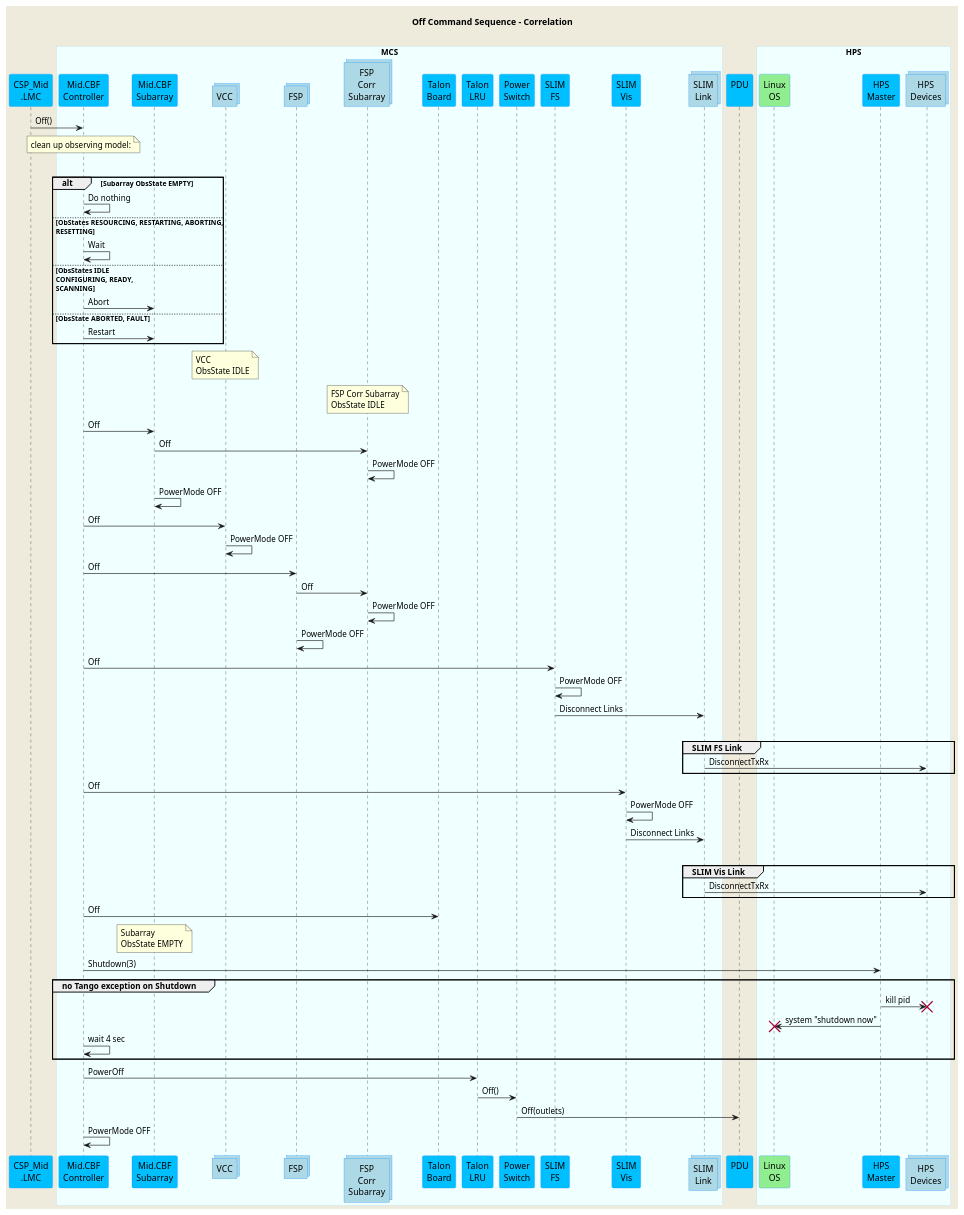
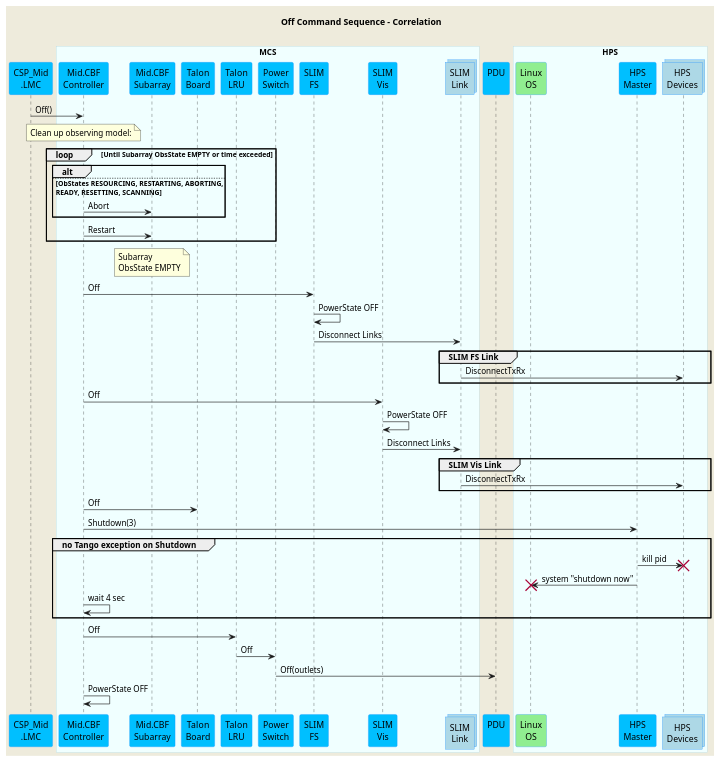
One commit to ska-telescope/mid-cbf-mcs changed the diagram in docs/src/diagrams/off-command-sequence.puml. Above: the diagram before and after it, drawn with PlantUML. The commit also changed 1 other file, not shown here.

Commit message:
CIP-2424 Off and InitSysParam UMLs

```diff
--- a/docs/src/diagrams/off-command-sequence.puml
+++ b/docs/src/diagrams/off-command-sequence.puml
@@ -1,96 +1,83 @@
 @startuml
 'https://plantuml.com/sequence-diagram
 skinparam backgroundColor #EEEBDC
 skinparam sequence {
 ParticipantBorderColor DodgerBlue
 ParticipantBackgroundColor DeepSkyBlue
 ActorBorderColor DarkGreen
 ActorBackgroundColor Green
 BoxBorderColor LightBlue
 BoxBackgroundColor #F0FFFF
 }
 skinparam collections {
   BackGroundColor LightBlue
   BorderColor DodgerBlue
 }
 skinparam database {
   BackgroundColor LightGreen
   BorderColor DarkGreen
 }
 title Off Command Sequence - Correlation\n
 participant "CSP_Mid\n.LMC" as lmc
 box "MCS"
 participant "Mid.CBF\nController" as controller
 participant "Mid.CBF\nSubarray" as subarray
-collections "VCC" as vcc
-collections "FSP" as fsp
-collections "FSP\nCorr\nSubarray" as fspsubarray
 participant "Talon\nBoard" as talon_board
 participant "Talon\nLRU" as lru
 participant "Power\nSwitch" as switch
 participant "SLIM\nFS" as slim_fs
 participant "SLIM\nVis" as slim_vis
 collections "SLIM\nLink" as slimlink
 end box
 participant "PDU\n" as pdu
 box "HPS"
 participant "Linux\nOS" as os #LightGreen
 participant "HPS\nMaster" as hpsmaster
 collections "HPS\nDevices" as hpsdevices
 end box
-lmc        ->  controller    : Off()
 
-note over controller         : clean up observing model:
+lmc -> controller : Off()
 
-loop until Subarray ObsState EMPTY or time exceeded
-alt Subarray ObsState EMPTY
-controller -> controller : Do nothing
-else ObStates RESOURCING, RESTARTING, ABORTING,\nRESETTING
-controller -> controller : Wait
-else ObsStates IDLE\nCONFIGURING, READY,\nSCANNING
+note over controller         : Clean up observing model:
+
+loop Until Subarray ObsState EMPTY or time exceeded
+alt
+else ObStates RESOURCING, RESTARTING, ABORTING, \nREADY, RESETTING, SCANNING
 controller -> subarray   : Abort
-else ObsState ABORTED, FAULT
+end
+
 controller -> subarray   : Restart
 end loop
-note over vcc            : VCC\nObsState IDLE
-note over fspsubarray    : FSP Corr Subarray\nObsState IDLE
 
-controller ->  subarray      : Off
-subarray   ->  fspsubarray   : Off
-fspsubarray->  fspsubarray   : PowerMode OFF
-subarray   ->  subarray      : PowerMode OFF
-controller ->  vcc           : Off
-vcc        ->  vcc           : PowerMode OFF
-controller ->  fsp           : Off
-fsp        ->  fspsubarray   : Off
-fspsubarray->  fspsubarray   : PowerMode OFF
-fsp        ->  fsp           : PowerMode OFF
+note over subarray       : Subarray\nObsState EMPTY
 controller ->  slim_fs       : Off
-slim_fs    ->  slim_fs       : PowerMode OFF
+slim_fs    ->  slim_fs       : PowerState OFF
 slim_fs    ->  slimlink      : Disconnect Links
-loop
+
 group SLIM FS Link
 slimlink   ->  hpsdevices    : DisconnectTxRx
-end loop
+end 
+
 controller ->  slim_vis      : Off
-slim_vis   ->  slim_vis      : PowerMode OFF
+slim_vis   ->  slim_vis      : PowerState OFF
 slim_vis   ->  slimlink      : Disconnect Links
-loop
+
+
 group SLIM Vis Link
 slimlink   ->  hpsdevices    : DisconnectTxRx
-end loop
+end
 
 controller ->  talon_board   : Off
-note over subarray       : Subarray\nObsState EMPTY
 controller ->  hpsmaster     : Shutdown(3)
 group no Tango exception on Shutdown
 hpsmaster  ->  hpsdevices !! : kill pid
 hpsmaster  ->  os !!         : system "shutdown now"
 controller ->  controller    : wait 4 sec
 end group
-controller ->  lru           : PowerOff
-lru        ->  switch        : Off()
+controller ->  lru           : Off
+lru        ->  switch        : Off
 switch     ->  pdu           : Off(outlets)
 
-controller ->  controller    : PowerMode OFF
+controller ->  controller    : PowerState OFF
+
 @enduml
```
